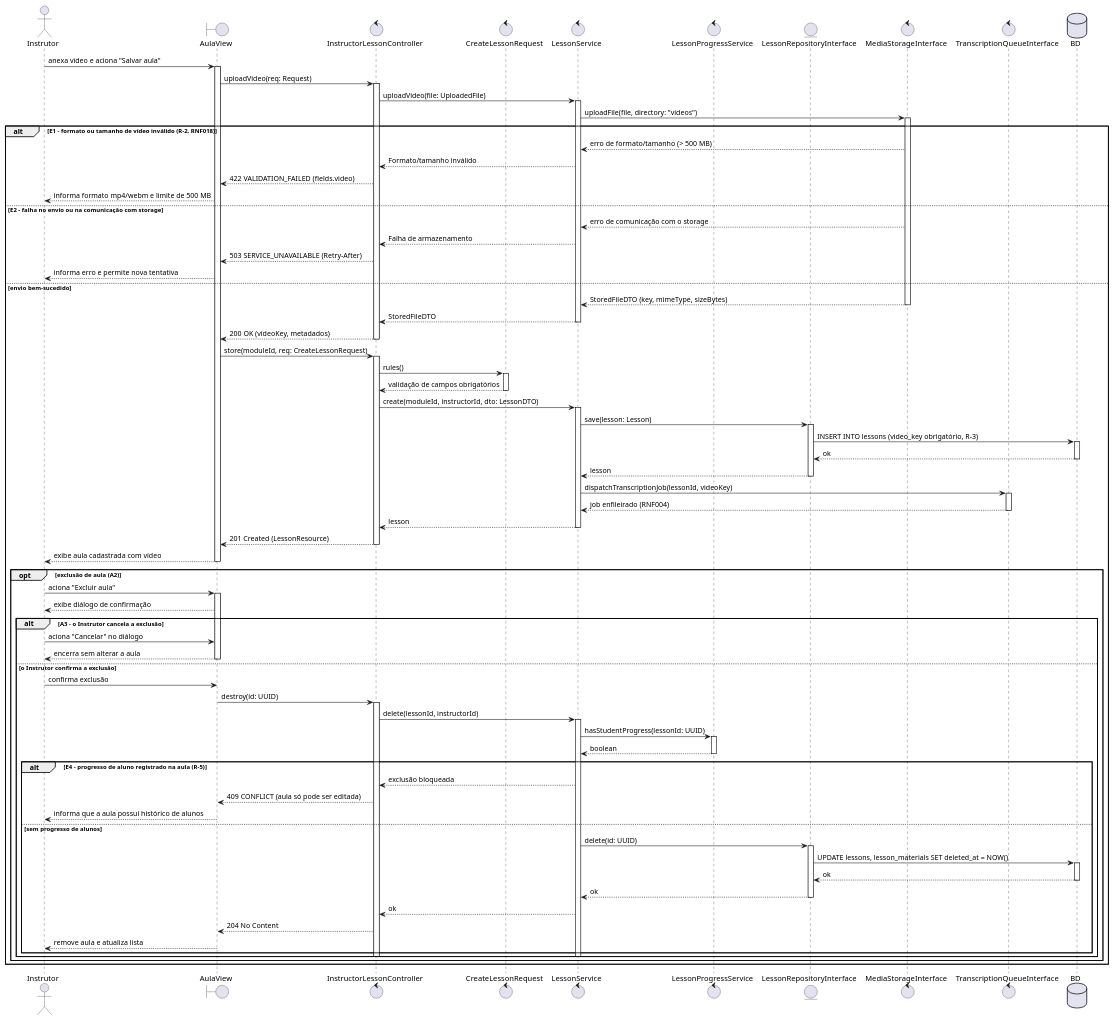
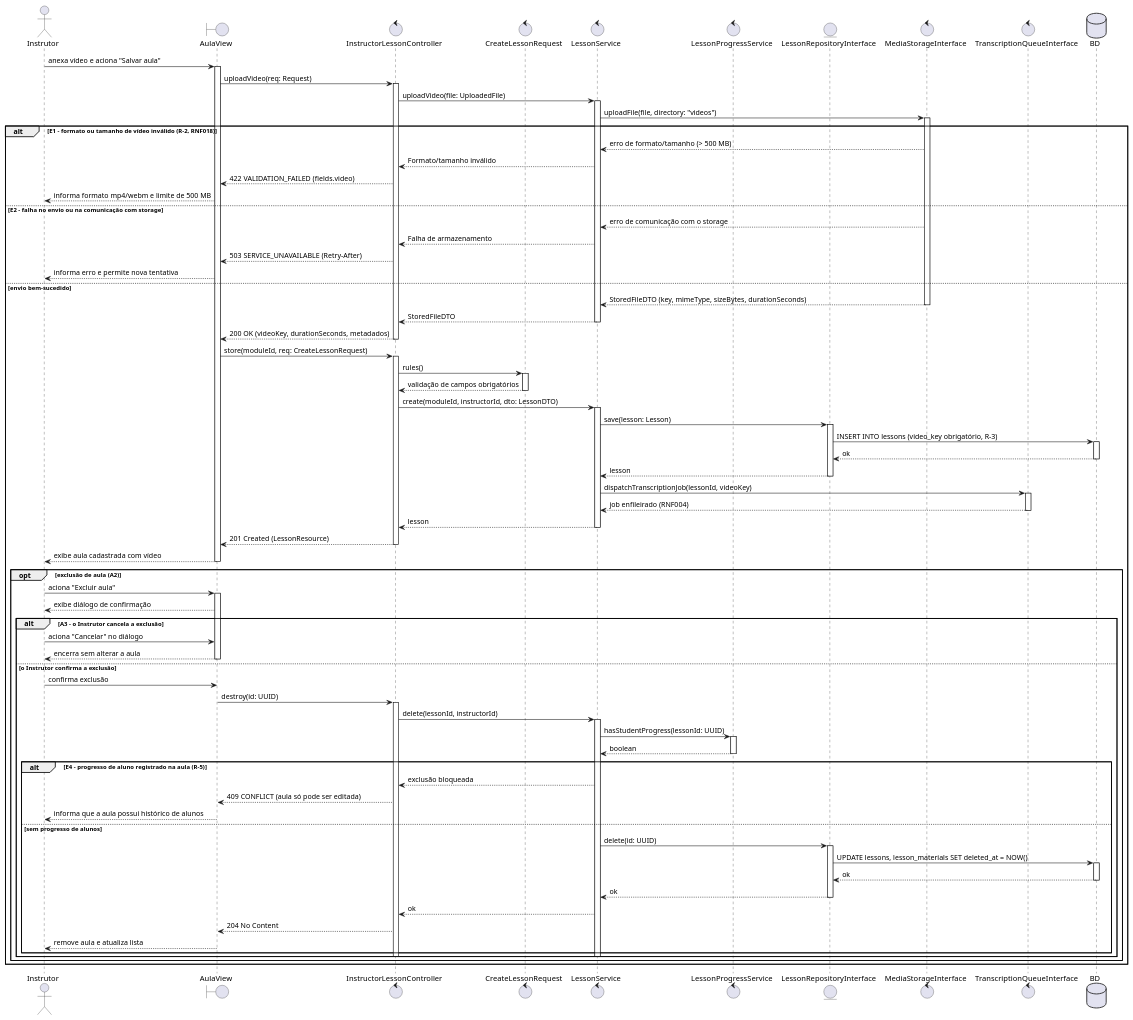
One commit to Plataforma-de-Cursos-TCC/plataforma-cursos-docs changed the diagram in scripts/drawio-seqgen/exemplos/14-sequencia-uc015.puml. Above: the diagram before and after it, drawn with PlantUML. The commit also changed 11 other files, not shown here.

```diff
--- a/scripts/drawio-seqgen/exemplos/14-sequencia-uc015.puml
+++ b/scripts/drawio-seqgen/exemplos/14-sequencia-uc015.puml
@@ -3,76 +3,76 @@
 @startuml 14-sequencia-uc015
 
 actor Instrutor as INS
 boundary AulaView as V
 control InstructorLessonController as C
 control CreateLessonRequest as Q
 control LessonService as S
 control LessonProgressService as P
 entity LessonRepositoryInterface as R
 control MediaStorageInterface as M
 control TranscriptionQueueInterface as T
 database BD
 
 INS -> V ++ : anexa vídeo e aciona "Salvar aula"
 V -> C ++ : uploadVideo(req: Request)
 C -> S ++ : uploadVideo(file: UploadedFile)
 S -> M ++ : uploadFile(file, directory: "videos")
 alt E1 - formato ou tamanho de vídeo inválido (R-2, RNF018)
   M --> S : erro de formato/tamanho (> 500 MB)
   S --> C : Formato/tamanho inválido
   C --> V : 422 VALIDATION_FAILED (fields.video)
   V --> INS : informa formato mp4/webm e limite de 500 MB
 else E2 - falha no envio ou na comunicação com storage
   M --> S : erro de comunicação com o storage
   S --> C : Falha de armazenamento
   C --> V : 503 SERVICE_UNAVAILABLE (Retry-After)
   V --> INS : informa erro e permite nova tentativa
 else envio bem-sucedido
-  M --> S -- : StoredFileDTO (key, mimeType, sizeBytes)
+  M --> S -- : StoredFileDTO (key, mimeType, sizeBytes, durationSeconds)
   S --> C -- : StoredFileDTO
-  C --> V -- : 200 OK (videoKey, metadados)
+  C --> V -- : 200 OK (videoKey, durationSeconds, metadados)
   V -> C ++ : store(moduleId, req: CreateLessonRequest)
   C -> Q ++ : rules()
   Q --> C -- : validação de campos obrigatórios
   C -> S ++ : create(moduleId, instructorId, dto: LessonDTO)
   S -> R ++ : save(lesson: Lesson)
   R -> BD ++ : INSERT INTO lessons (video_key obrigatório, R-3)
   BD --> R -- : ok
   R --> S -- : lesson
   S -> T ++ : dispatchTranscriptionJob(lessonId, videoKey)
   T --> S -- : job enfileirado (RNF004)
   S --> C -- : lesson
   C --> V -- : 201 Created (LessonResource)
   V --> INS -- : exibe aula cadastrada com vídeo
   opt exclusão de aula (A2)
     INS -> V ++ : aciona "Excluir aula"
     V --> INS : exibe diálogo de confirmação
     alt A3 - o Instrutor cancela a exclusão
       INS -> V : aciona "Cancelar" no diálogo
       V --> INS -- : encerra sem alterar a aula
     else o Instrutor confirma a exclusão
       INS -> V : confirma exclusão
       V -> C ++ : destroy(id: UUID)
       C -> S ++ : delete(lessonId, instructorId)
       S -> P ++ : hasStudentProgress(lessonId: UUID)
       P --> S -- : boolean
       alt E4 - progresso de aluno registrado na aula (R-5)
         S --> C : exclusão bloqueada
         C --> V : 409 CONFLICT (aula só pode ser editada)
         V --> INS : informa que a aula possui histórico de alunos
       else sem progresso de alunos
         S -> R ++ : delete(id: UUID)
         R -> BD ++ : UPDATE lessons, lesson_materials SET deleted_at = NOW()
         BD --> R -- : ok
         R --> S -- : ok
         S --> C : ok
         C --> V : 204 No Content
         V --> INS : remove aula e atualiza lista
       end
       deactivate S
       deactivate C
       deactivate V
     end
   end
 end
 @enduml
```
